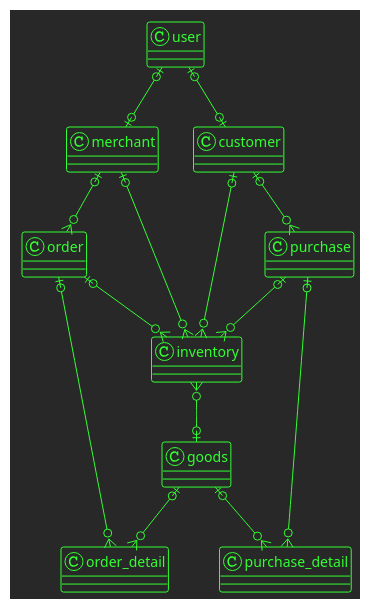
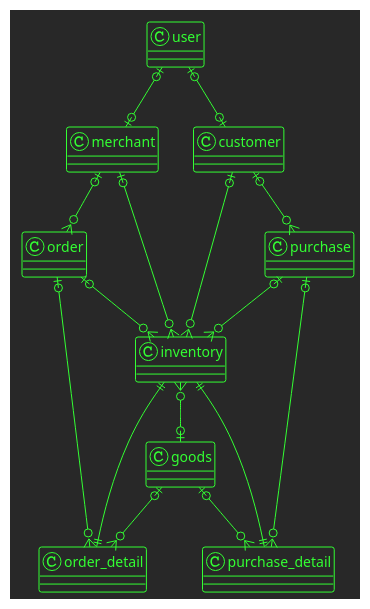
The diagram in abucom_erd.puml (kaattuu/abucom_erd), drawn with PlantUML before and after one commit. The commit also changed 1 other file, not shown here.

Commit message:
feat(abucom1): implement main relation from order_detail and purchase_detail to inventory

```diff
--- a/abucom_erd.puml
+++ b/abucom_erd.puml
@@ -1,19 +1,22 @@
 @startuml
 !theme crt-green
 ' !theme crt-amber
 
 user      |o--o| merchant
 user      |o--o| customer
 merchant  |o--o{ order
 merchant  |o--o{ inventory
 order     |o--o{ order_detail
 order     |o--o{ inventory
+order_detail ||--|| inventory
 goods     |o--o{ order_detail
 customer  |o--o{ purchase
 customer  |o--o{ inventory
 purchase  |o--o{ purchase_detail
 purchase  |o--o{ inventory
+purchase_detail ||--|| inventory
 goods     |o--o{ purchase_detail
 inventory }o--o| goods
 
+
 @enduml
```
